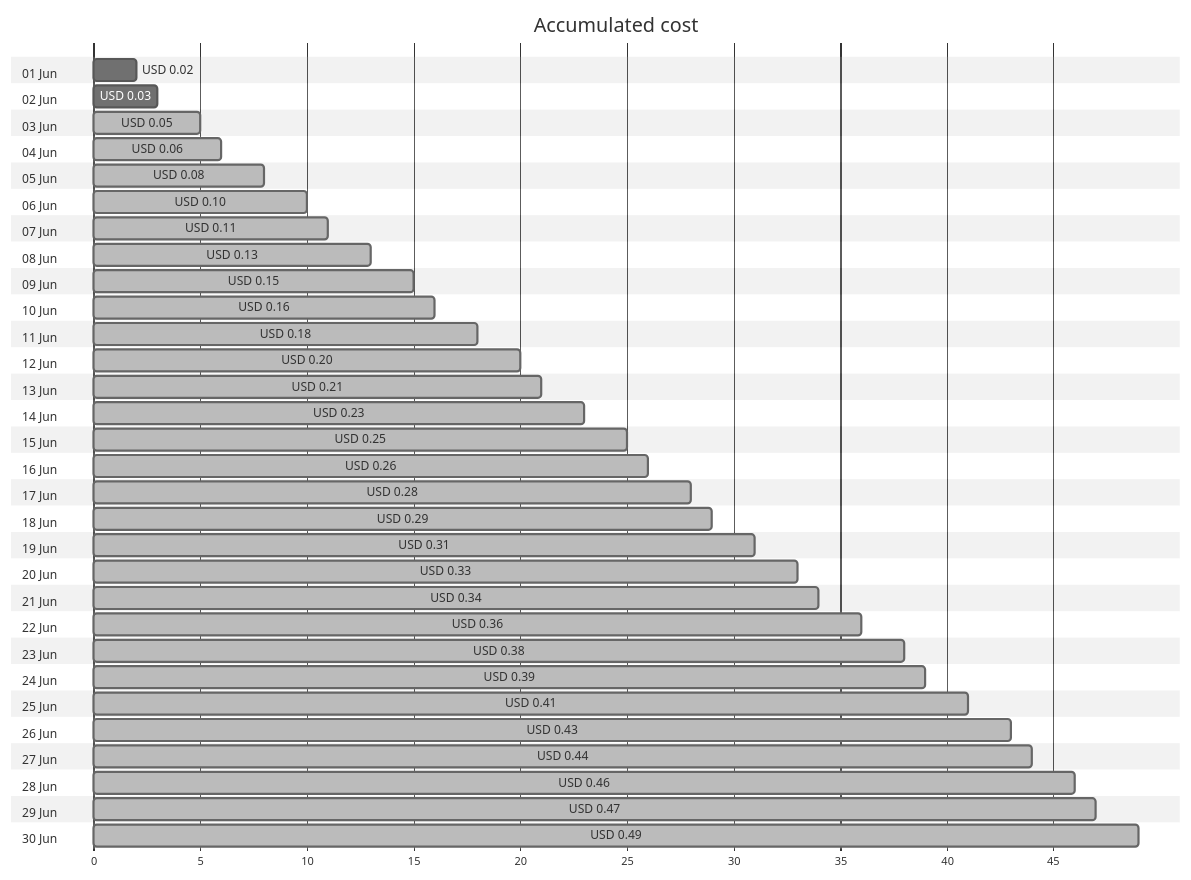
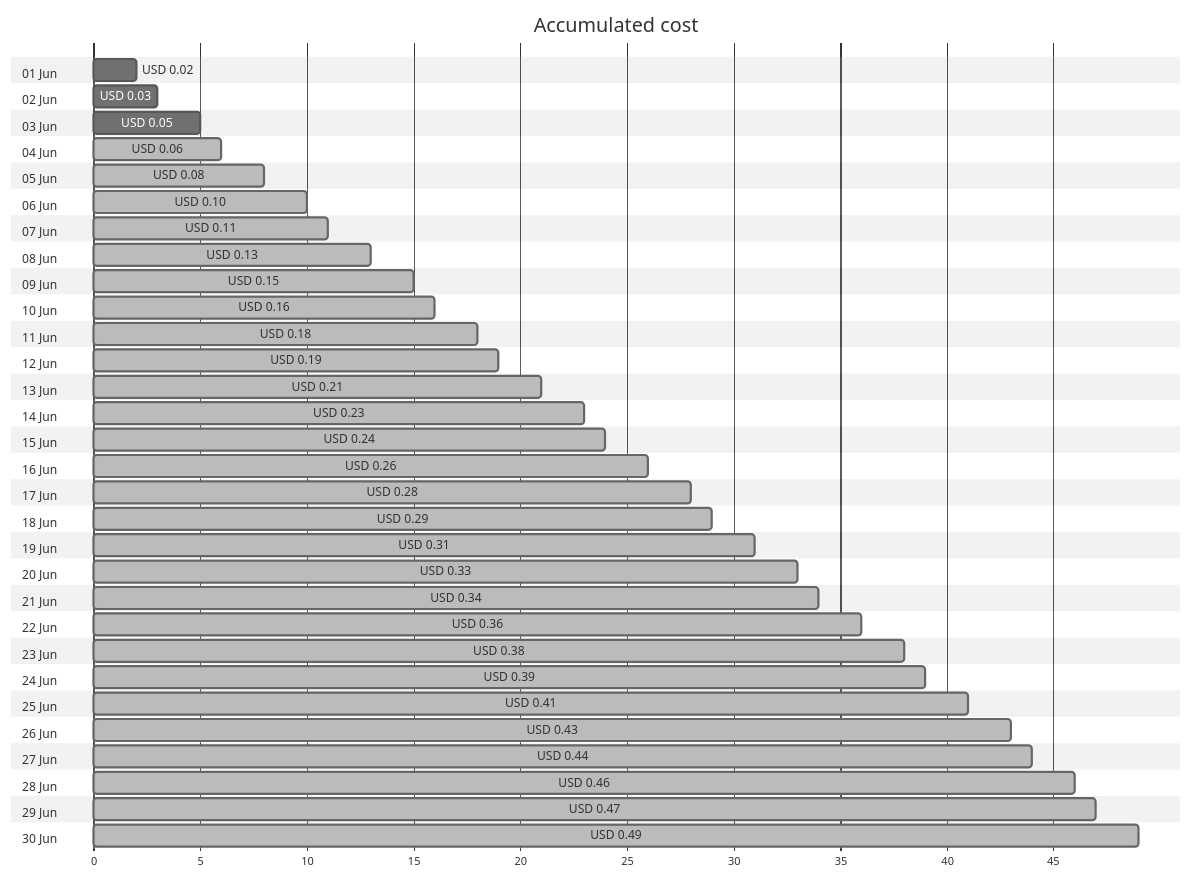
Before and after one commit to jpfulton/azure-personal-reports: the first of 4 diagrams in cost-reports/personal-dns/jpatrickfulton.dev.md, drawn with Mermaid (neutral theme). The commit also changed other lines of this file and 2 other files, not shown here.

````diff
--- a/cost-reports/personal-dns/jpatrickfulton.dev.md
+++ b/cost-reports/personal-dns/jpatrickfulton.dev.md
@@ -20,66 +20,66 @@
 ```mermaid
 gantt
    title Accumulated cost
    dateFormat  X
    axisFormat %s
    section 01 Jun
    USD 0.02 :0, 2
    section 02 Jun
    USD 0.03 :0, 3
    section 03 Jun
-   USD 0.05 : done, 0, 5
+   USD 0.05 :0, 5
    section 04 Jun
    USD 0.06 : done, 0, 6
    section 05 Jun
    USD 0.08 : done, 0, 8
    section 06 Jun
    USD 0.10 : done, 0, 10
    section 07 Jun
    USD 0.11 : done, 0, 11
    section 08 Jun
    USD 0.13 : done, 0, 13
    section 09 Jun
    USD 0.15 : done, 0, 15
    section 10 Jun
    USD 0.16 : done, 0, 16
    section 11 Jun
    USD 0.18 : done, 0, 18
    section 12 Jun
-   USD 0.20 : done, 0, 20
+   USD 0.19 : done, 0, 19
    section 13 Jun
    USD 0.21 : done, 0, 21
    section 14 Jun
    USD 0.23 : done, 0, 23
    section 15 Jun
-   USD 0.25 : done, 0, 25
+   USD 0.24 : done, 0, 24
    section 16 Jun
    USD 0.26 : done, 0, 26
    section 17 Jun
    USD 0.28 : done, 0, 28
    section 18 Jun
    USD 0.29 : done, 0, 29
    section 19 Jun
    USD 0.31 : done, 0, 31
    section 20 Jun
    USD 0.33 : done, 0, 33
    section 21 Jun
    USD 0.34 : done, 0, 34
    section 22 Jun
    USD 0.36 : done, 0, 36
    section 23 Jun
    USD 0.38 : done, 0, 38
    section 24 Jun
    USD 0.39 : done, 0, 39
    section 25 Jun
    USD 0.41 : done, 0, 41
    section 26 Jun
    USD 0.43 : done, 0, 43
    section 27 Jun
    USD 0.44 : done, 0, 44
    section 28 Jun
    USD 0.46 : done, 0, 46
    section 29 Jun
    USD 0.47 : done, 0, 47
    section 30 Jun
    USD 0.49 : done, 0, 49
 ```
````
